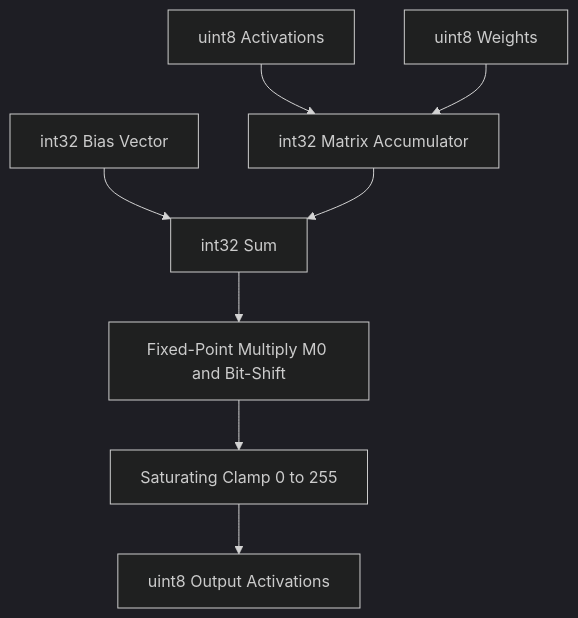
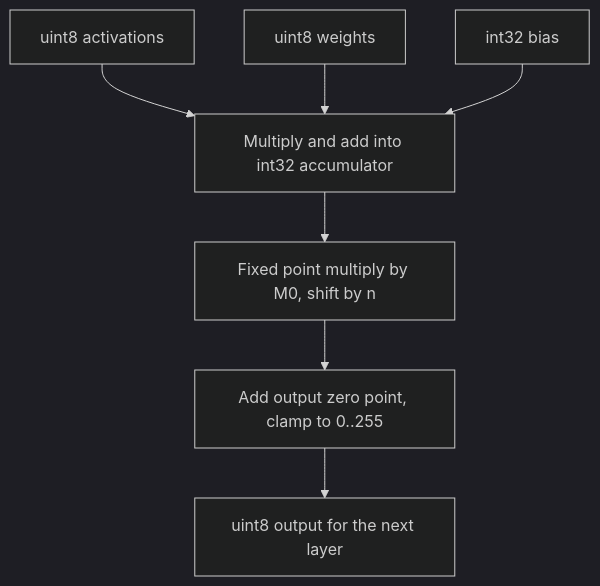
The diagram in content/papers/quantization-and-training-of-neural-networks-for-efficient-i.md (Tarunsai08/PaperStack), drawn with Mermaid (dark theme) before and after one commit. The commit also changed other lines of this file and 7 other files, not shown here.

````diff
--- a/content/papers/quantization-and-training-of-neural-networks-for-efficient-i.md
+++ b/content/papers/quantization-and-training-of-neural-networks-for-efficient-i.md
@@ -184,10 +123,9 @@
 ```mermaid
 flowchart TD
-    A[uint8 Activations] --> C[int32 Matrix Accumulator]
-    B[uint8 Weights] --> C
-    D[int32 Bias Vector] --> E[int32 Sum]
-    C --> E
-    E --> F[Fixed-Point Multiply M0 and Bit-Shift]
-    F --> G[Saturating Clamp 0 to 255]
-    G --> H[uint8 Output Activations]
+  A[uint8 activations] --> C[Multiply and add into int32 accumulator]
+  B[uint8 weights] --> C
+  D[int32 bias] --> C
+  C --> E[Fixed point multiply by M0, shift by n]
+  E --> F[Add output zero point, clamp to 0..255]
+  F --> G[uint8 output for the next layer]
 ```
````
